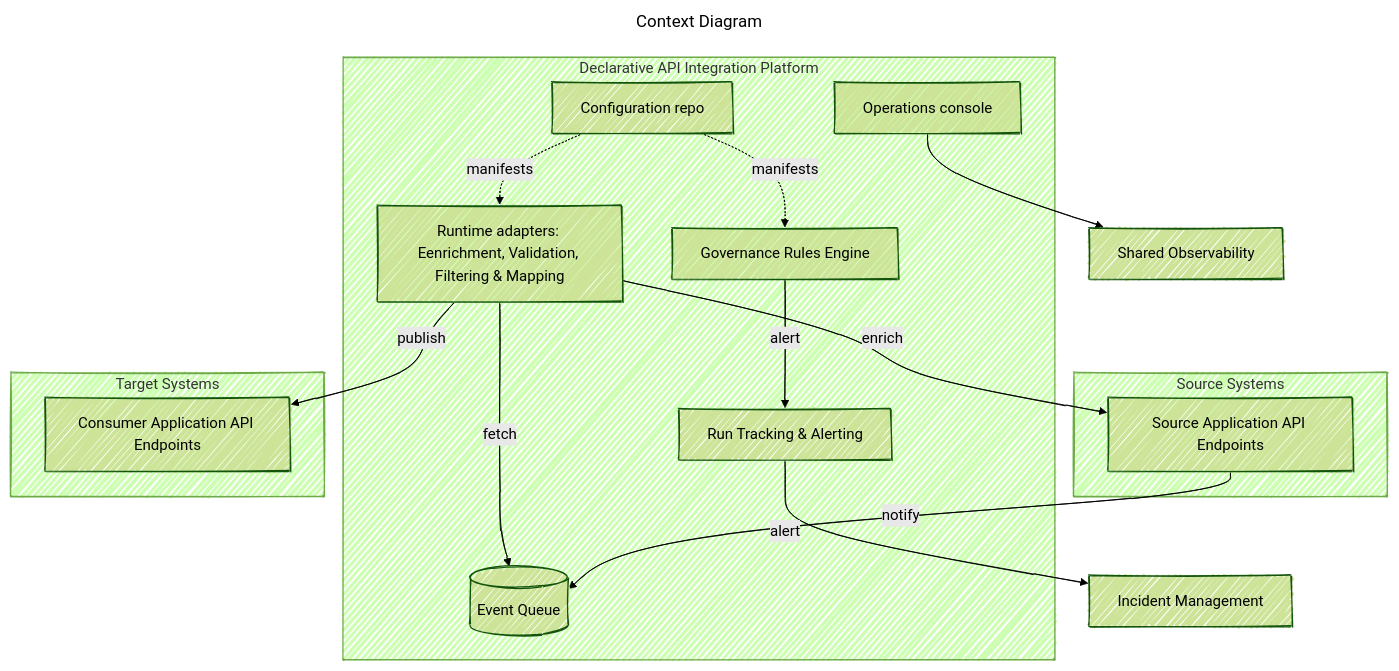
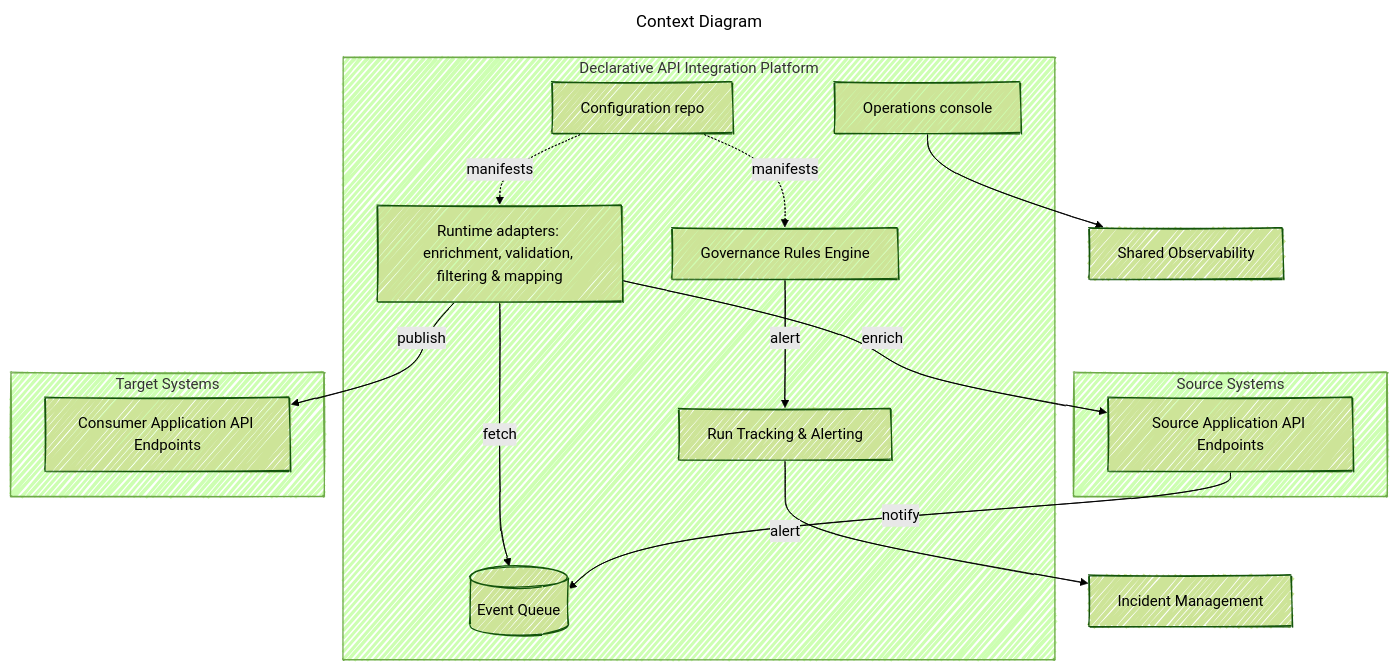
One commit to fps4/web-faridgurbanov changed the diagram in content/en/projects/declarative-api-integration.md. Above: the diagram before and after it, drawn with Mermaid. The commit also changed other lines of this file and 18 other files, not shown here.

````diff
--- a/content/en/projects/declarative-api-integration.md
+++ b/content/en/projects/declarative-api-integration.md
@@ -20,39 +20,39 @@
 ```mermaid
 ---
 title: Context Diagram
 config:
   theme: forest
   look: handDrawn
 ---
   flowchart TB
 
     subgraph S[Source Systems]
         Sources[Source Application API Endpoints]
     end
 
     subgraph CIP[Declarative API Integration Platform]
         Queue[(Event Queue)]
-        Runtime[Runtime adapters: Eenrichment, Validation, Filtering & Mapping]
+    Runtime[Runtime adapters: enrichment, validation, filtering & mapping]
         Console[Operations console]
         RunTracking[Run Tracking & Alerting]
         Governance[Governance Rules Engine]
         Config[Configuration repo]
     end
 
     subgraph T[Target Systems]
         Targets[Consumer Application API Endpoints]
     end
 
     Observability[Shared Observability]
     Incident[Incident Management]
 
     Runtime -- enrich --> Sources
     Runtime -- publish --> Targets
     Runtime -- fetch --> Queue
     Sources -- notify --> Queue
     Config -. manifests .-> Runtime
     Config -. manifests .-> Governance
     Console --> Observability
     RunTracking -- alert --> Incident
     Governance -- alert --> RunTracking
 ```
````
